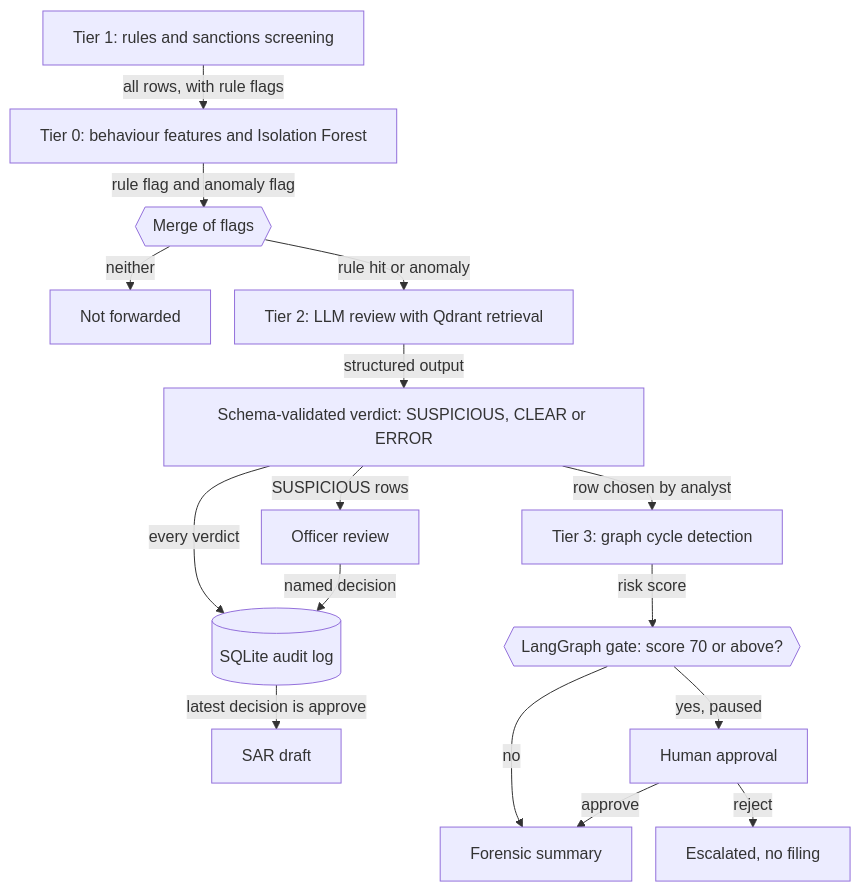
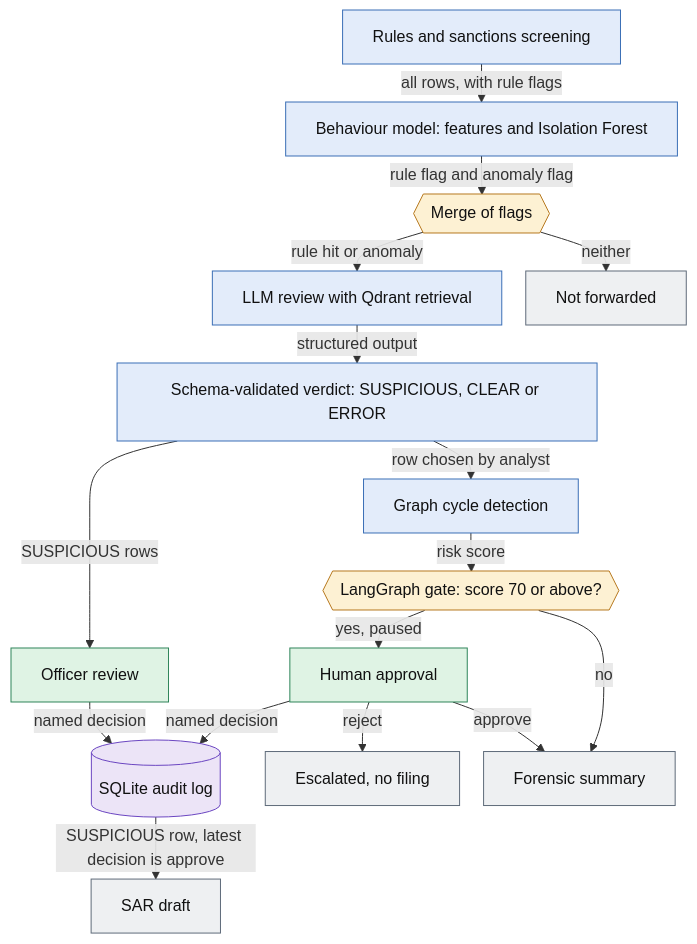
One commit to vinaykumar101997/Fintech-Fraud-Auditor-Pro changed the diagram in README.md. Above: the diagram before and after it, drawn with Mermaid.

Commit message:
docs: group and color the architecture diagram

````diff
--- a/README.md
+++ b/README.md
@@ -53,19 +53,30 @@
 ```mermaid
-%%{init: {"flowchart": {"rankSpacing": 20, "nodeSpacing": 24, "wrappingWidth": 420}}}%%
+%%{init: {"flowchart": {"rankSpacing": 14, "nodeSpacing": 24, "wrappingWidth": 420}}}%%
 flowchart TB
-    RULES["Tier 1: rules and sanctions screening"] -->|"all rows, with rule flags"| ML["Tier 0: behaviour features and Isolation Forest"]
+    RULES["Rules and sanctions screening"] -->|"all rows, with rule flags"| ML["Behaviour model: features and Isolation Forest"]
     ML -->|"rule flag and anomaly flag"| MERGE{{"Merge of flags"}}
+    MERGE -->|"rule hit or anomaly"| LLM["LLM review with Qdrant retrieval"]
     MERGE -->|"neither"| DROP["Not forwarded"]
-    MERGE -->|"rule hit or anomaly"| LLM["Tier 2: LLM review with Qdrant retrieval"]
     LLM -->|"structured output"| VERD["Schema-validated verdict: SUSPICIOUS, CLEAR or ERROR"]
     VERD -->|"SUSPICIOUS rows"| OFF["Officer review"]
-    VERD -->|"every verdict"| DB[("SQLite audit log")]
-    OFF -->|"named decision"| DB
-    DB -->|"latest decision is approve"| SAR["SAR draft"]
-    VERD -->|"row chosen by analyst"| CYC["Tier 3: graph cycle detection"]
+    VERD -->|"row chosen by analyst"| CYC["Graph cycle detection"]
     CYC -->|"risk score"| GATE{{"LangGraph gate: score 70 or above?"}}
+    GATE -->|"yes, paused"| HUM["Human approval"]
     GATE -->|"no"| SUM["Forensic summary"]
-    GATE -->|"yes, paused"| HUM["Human approval"]
+    OFF -->|"named decision"| DB[("SQLite audit log")]
+    HUM -->|"named decision"| DB
+    HUM -->|"reject"| ESC["Escalated, no filing"]
     HUM -->|"approve"| SUM
-    HUM -->|"reject"| ESC["Escalated, no filing"]
+    DB -->|"SUSPICIOUS row, latest decision is approve"| SAR["SAR draft"]
+
+    classDef auto fill:#E3ECFA,stroke:#3B6FB6,color:#111111
+    classDef decision fill:#FDF1D3,stroke:#B7791F,color:#111111
+    classDef human fill:#DFF3E4,stroke:#2F855A,color:#111111
+    classDef store fill:#ECE4F7,stroke:#6B46C1,color:#111111
+    classDef endstate fill:#EEF0F2,stroke:#5F6B7A,color:#111111
+    class RULES,ML,LLM,VERD,CYC auto
+    class MERGE,GATE decision
+    class OFF,HUM human
+    class DB store
+    class DROP,ESC,SUM,SAR endstate
 ```
````
